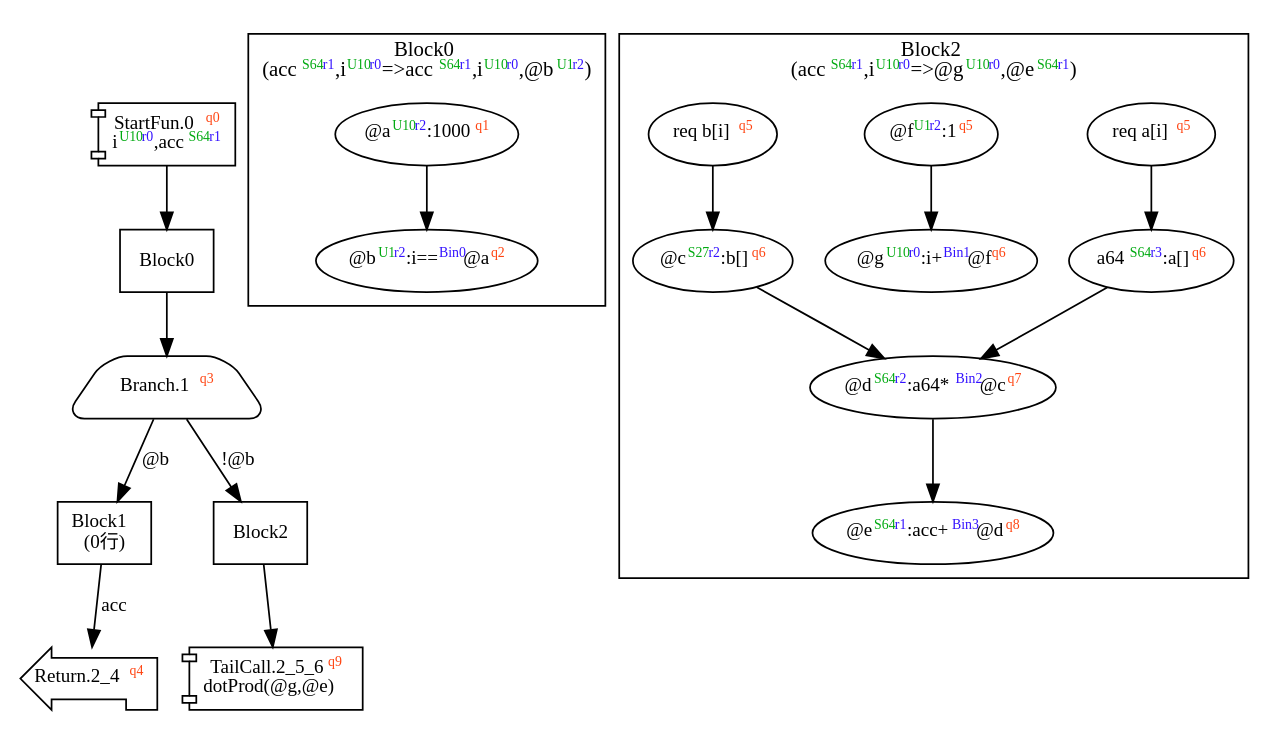
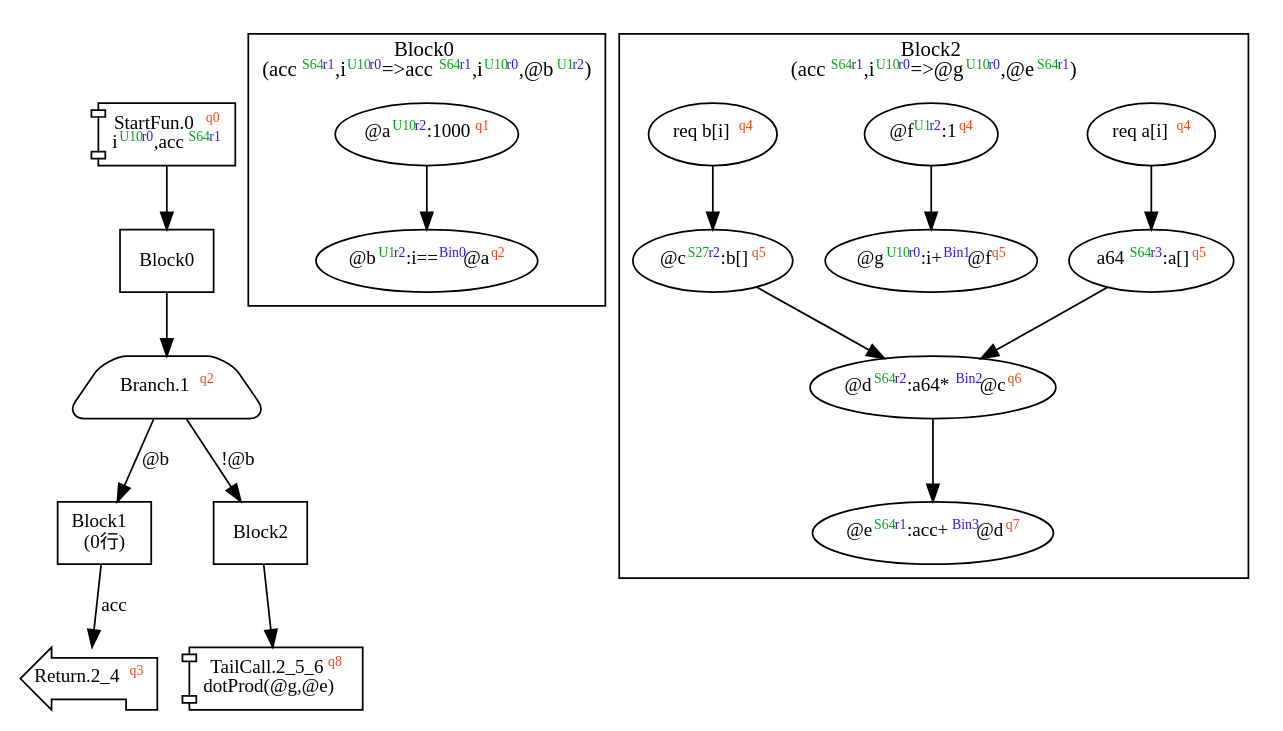
One commit to akouryy/SyntheScala changed the diagram in dist/dotProd.dot. Above: the diagram before and after it, drawn with Graphviz. The commit also changed 24 other files, not shown here.

Commit message:
Remove Jump.Branch-occupied state

```diff
--- a/dist/dotProd.dot
+++ b/dist/dotProd.dot
@@ -1,46 +1,46 @@
 digraph Program_ {
   graph [fontname = "Monaco", fontsize = 12, ranksep = 0.5];
   node [shape = box, fontname = "Monaco", fontsize = 11; colorscheme = pastel19];
   edge [fontname = "Monaco", fontsize = 11; colorscheme = pastel19];
   Jump0[label = <StartFun.0<font color="#ff4411" point-size="8"><sup>q0</sup></font><br/>i<font color="#00aa11" point-size="8"><sup>U10</sup></font><font color="#3311ff" point-size="8"><sup>r0</sup></font>,acc<font color="#00aa11" point-size="8"><sup>S64</sup></font><font color="#3311ff" point-size="8"><sup>r1</sup></font>>; shape = component];
   Jump0 -> Block0;
   Jump1[
-    label = <Branch.1<font color="#ff4411" point-size="8"><sup>q3</sup></font>>;
+    label = <Branch.1<font color="#ff4411" point-size="8"><sup>q2</sup></font>>;
     shape = trapezium; style = rounded;
   ];
   Block0 -> Jump1;
   Jump1 -> Block1 [label="@b"];
   Jump1 -> Block2 [label="!@b"];
-  Jump2_4[label = <Return.2_4<font color="#ff4411" point-size="8"><sup>q4</sup></font>>; shape = lpromoter];
+  Jump2_4[label = <Return.2_4<font color="#ff4411" point-size="8"><sup>q3</sup></font>>; shape = lpromoter];
   Block1 -> Jump2_4 [label="acc"];
-  Jump2_5_6[label = <TailCall.2_5_6<font color="#ff4411" point-size="8"><sup>q9</sup></font><br/>dotProd(@g,@e)>; shape = component];
+  Jump2_5_6[label = <TailCall.2_5_6<font color="#ff4411" point-size="8"><sup>q8</sup></font><br/>dotProd(@g,@e)>; shape = component];
   Block2 -> Jump2_5_6;
   Block0 [label = "Block0"];
   Block1 [label = "Block1\l(0行)"];
   Block2 [label = "Block2"];
   subgraph cluster_dfg_Block0 {
     node [shape = oval];
     label = <Block0<br/>(acc<font color="#00aa11" point-size="8"><sup>S64</sup></font><font color="#3311ff" point-size="8"><sup>r1</sup></font>,i<font color="#00aa11" point-size="8"><sup>U10</sup></font><font color="#3311ff" point-size="8"><sup>r0</sup></font>=&gt;acc<font color="#00aa11" point-size="8"><sup>S64</sup></font><font color="#3311ff" point-size="8"><sup>r1</sup></font>,i<font color="#00aa11" point-size="8"><sup>U10</sup></font><font color="#3311ff" point-size="8"><sup>r0</sup></font>,@b<font color="#00aa11" point-size="8"><sup>U1</sup></font><font color="#3311ff" point-size="8"><sup>r2</sup></font>)>;
     0 [label=<@a<font color="#00aa11" point-size="8"><sup>U10</sup></font><font color="#3311ff" point-size="8"><sup>r2</sup></font>:1000<font color="#ff4411" point-size="8"><sup>q1</sup></font>>];
     1 [label=<@b<font color="#00aa11" point-size="8"><sup>U1</sup></font><font color="#3311ff" point-size="8"><sup>r2</sup></font>:i==<font color="#3311ff" point-size="8"><sup>Bin0</sup></font>@a<font color="#ff4411" point-size="8"><sup>q2</sup></font>>];
     0 -> 1;
   }
   subgraph cluster_dfg_Block2 {
     node [shape = oval];
     label = <Block2<br/>(acc<font color="#00aa11" point-size="8"><sup>S64</sup></font><font color="#3311ff" point-size="8"><sup>r1</sup></font>,i<font color="#00aa11" point-size="8"><sup>U10</sup></font><font color="#3311ff" point-size="8"><sup>r0</sup></font>=&gt;@g<font color="#00aa11" point-size="8"><sup>U10</sup></font><font color="#3311ff" point-size="8"><sup>r0</sup></font>,@e<font color="#00aa11" point-size="8"><sup>S64</sup></font><font color="#3311ff" point-size="8"><sup>r1</sup></font>)>;
-    5 [label=<@c<font color="#00aa11" point-size="8"><sup>S27</sup></font><font color="#3311ff" point-size="8"><sup>r2</sup></font>:b[]<font color="#ff4411" point-size="8"><sup>q6</sup></font>>];
-    6 [label=<@d<font color="#00aa11" point-size="8"><sup>S64</sup></font><font color="#3311ff" point-size="8"><sup>r2</sup></font>:a64*<font color="#3311ff" point-size="8"><sup>Bin2</sup></font>@c<font color="#ff4411" point-size="8"><sup>q7</sup></font>>];
-    9 [label=<@g<font color="#00aa11" point-size="8"><sup>U10</sup></font><font color="#3311ff" point-size="8"><sup>r0</sup></font>:i+<font color="#3311ff" point-size="8"><sup>Bin1</sup></font>@f<font color="#ff4411" point-size="8"><sup>q6</sup></font>>];
-    2 [label=<req a[i]<font color="#ff4411" point-size="8"><sup>q5</sup></font>>];
-    7 [label=<@e<font color="#00aa11" point-size="8"><sup>S64</sup></font><font color="#3311ff" point-size="8"><sup>r1</sup></font>:acc+<font color="#3311ff" point-size="8"><sup>Bin3</sup></font>@d<font color="#ff4411" point-size="8"><sup>q8</sup></font>>];
-    3 [label=<a64<font color="#00aa11" point-size="8"><sup>S64</sup></font><font color="#3311ff" point-size="8"><sup>r3</sup></font>:a[]<font color="#ff4411" point-size="8"><sup>q6</sup></font>>];
-    8 [label=<@f<font color="#00aa11" point-size="8"><sup>U1</sup></font><font color="#3311ff" point-size="8"><sup>r2</sup></font>:1<font color="#ff4411" point-size="8"><sup>q5</sup></font>>];
-    4 [label=<req b[i]<font color="#ff4411" point-size="8"><sup>q5</sup></font>>];
+    5 [label=<@c<font color="#00aa11" point-size="8"><sup>S27</sup></font><font color="#3311ff" point-size="8"><sup>r2</sup></font>:b[]<font color="#ff4411" point-size="8"><sup>q5</sup></font>>];
+    6 [label=<@d<font color="#00aa11" point-size="8"><sup>S64</sup></font><font color="#3311ff" point-size="8"><sup>r2</sup></font>:a64*<font color="#3311ff" point-size="8"><sup>Bin2</sup></font>@c<font color="#ff4411" point-size="8"><sup>q6</sup></font>>];
+    9 [label=<@g<font color="#00aa11" point-size="8"><sup>U10</sup></font><font color="#3311ff" point-size="8"><sup>r0</sup></font>:i+<font color="#3311ff" point-size="8"><sup>Bin1</sup></font>@f<font color="#ff4411" point-size="8"><sup>q5</sup></font>>];
+    2 [label=<req a[i]<font color="#ff4411" point-size="8"><sup>q4</sup></font>>];
+    7 [label=<@e<font color="#00aa11" point-size="8"><sup>S64</sup></font><font color="#3311ff" point-size="8"><sup>r1</sup></font>:acc+<font color="#3311ff" point-size="8"><sup>Bin3</sup></font>@d<font color="#ff4411" point-size="8"><sup>q7</sup></font>>];
+    3 [label=<a64<font color="#00aa11" point-size="8"><sup>S64</sup></font><font color="#3311ff" point-size="8"><sup>r3</sup></font>:a[]<font color="#ff4411" point-size="8"><sup>q5</sup></font>>];
+    8 [label=<@f<font color="#00aa11" point-size="8"><sup>U1</sup></font><font color="#3311ff" point-size="8"><sup>r2</sup></font>:1<font color="#ff4411" point-size="8"><sup>q4</sup></font>>];
+    4 [label=<req b[i]<font color="#ff4411" point-size="8"><sup>q4</sup></font>>];
     3 -> 6;
     5 -> 6;
     6 -> 7;
     8 -> 9;
     2 -> 3 [style = solid];
     4 -> 5 [style = solid];
   }
 }
```
